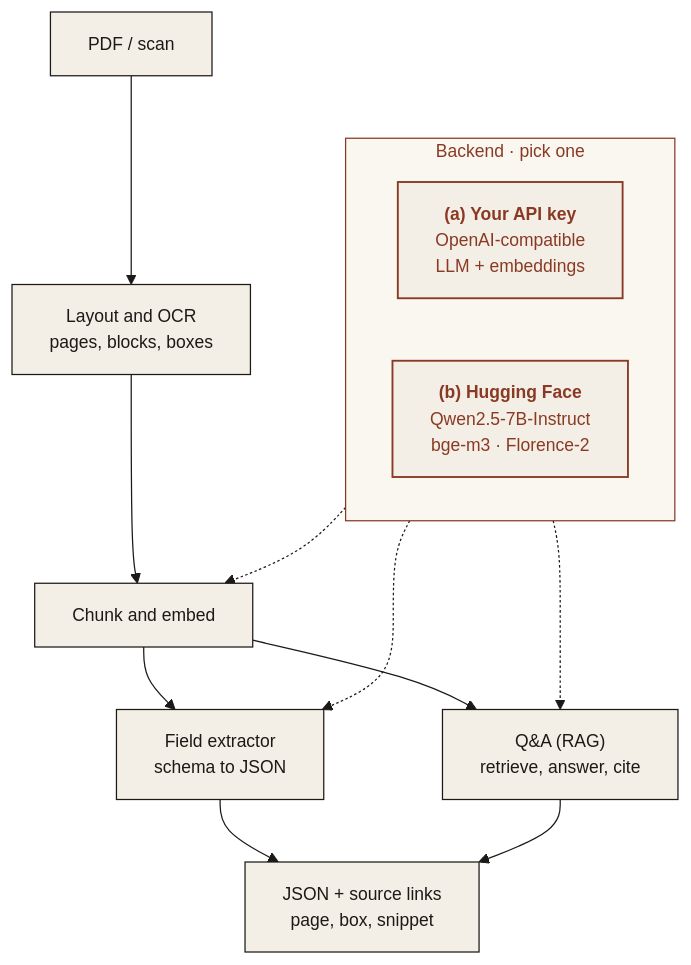
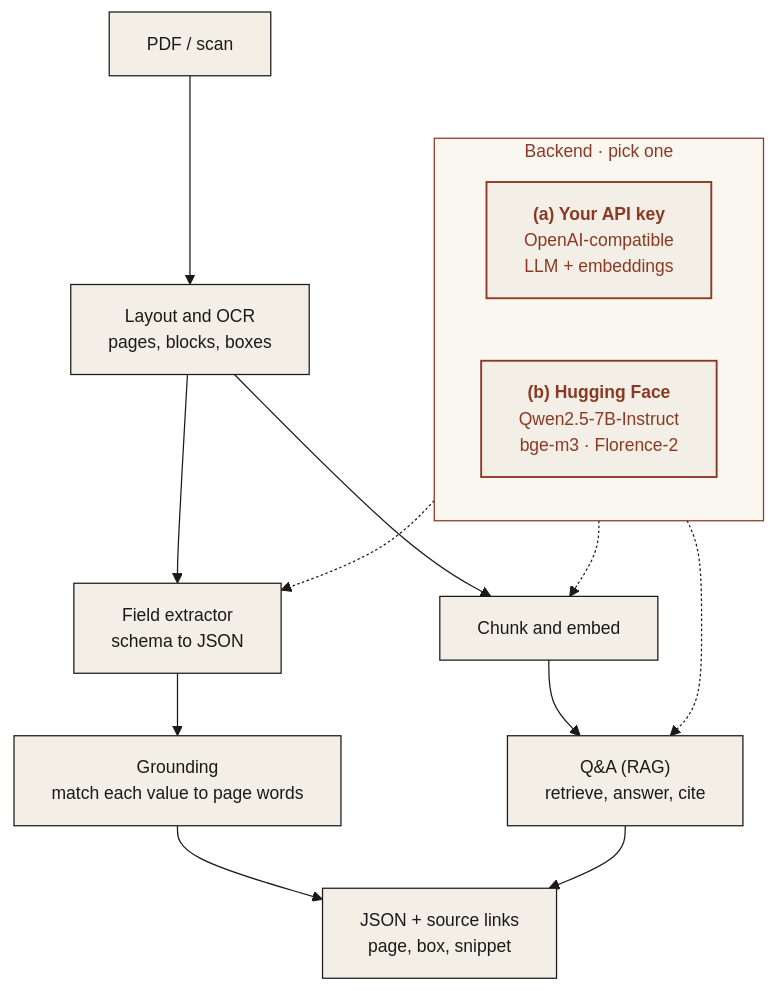
One commit to ModelShifts/document-extractor changed the diagram in README.md. Above: the diagram before and after it, drawn with Mermaid. The commit also changed other lines of this file and 2 other files, not shown here.

````diff
--- a/README.md
+++ b/README.md
@@ -28,22 +33,23 @@
 ```mermaid
 %%{init: {"theme":"base","flowchart":{"curve":"basis","wrappingWidth":260},"themeVariables":{"fontFamily":"Georgia, Times New Roman, serif","fontSize":"14px","primaryColor":"#f3efe6","primaryTextColor":"#1c1a17","primaryBorderColor":"#1c1a17","lineColor":"#1c1a17","clusterBkg":"#faf7f0","clusterBorder":"#8a3a24","titleColor":"#8a3a24","edgeLabelBackground":"#f3efe6"}}}%%
 flowchart TB
   P["PDF / scan"]:::ink --> L["Layout and OCR<br/>pages, blocks, boxes"]:::ink
+  L --> X["Field extractor<br/>schema to JSON"]:::ink
   L --> C["Chunk and embed"]:::ink
-  C --> X["Field extractor<br/>schema to JSON"]:::ink
   C --> Q["Q&A (RAG)<br/>retrieve, answer, cite"]:::ink
-  X --> O["JSON + source links<br/>page, box, snippet"]:::ink
+  X --> G["Grounding<br/>match each value to page words"]:::ink
+  G --> O["JSON + source links<br/>page, box, snippet"]:::ink
   Q --> O
   subgraph BK["Backend · pick one"]
     direction LR
     BKA["<b>(a) Your API key</b><br/>OpenAI-compatible<br/>LLM + embeddings"]:::rust
     BKH["<b>(b) Hugging Face</b><br/>Qwen2.5-7B-Instruct<br/>bge-m3 · Florence-2"]:::rust
   end
   BK -.-> X
   BK -.-> Q
   BK -.-> C
 
   classDef cl fill:#faf7f0,stroke:#8a3a24,stroke-dasharray:4 3,color:#8a3a24;
   classDef ink fill:#f3efe6,stroke:#1c1a17,color:#1c1a17,stroke-width:1px;
   classDef rust fill:#f3efe6,stroke:#8a3a24,color:#8a3a24,stroke-width:1.5px;
 ```
````
